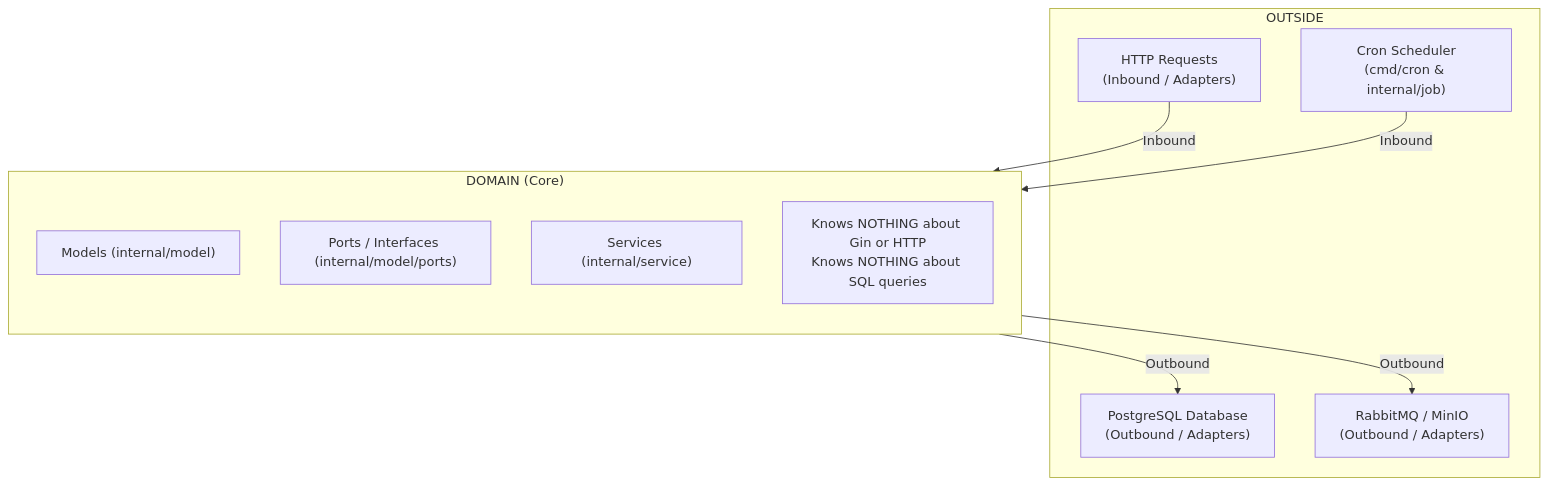
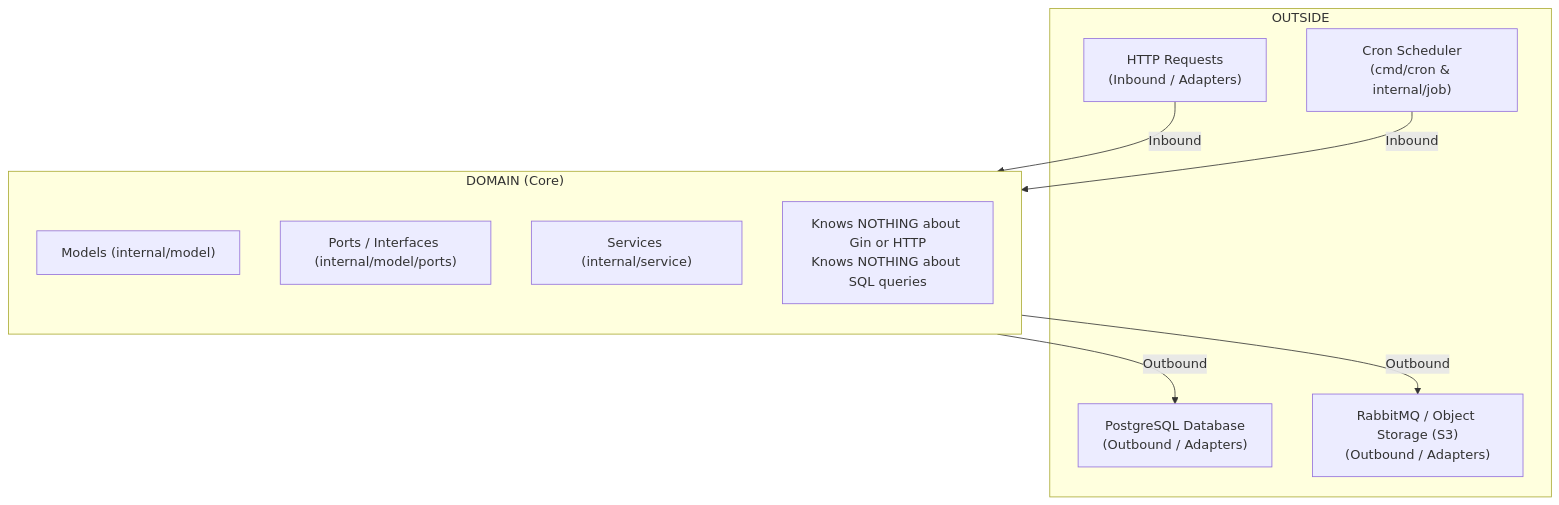
The diagram in docs/Ascension/developer/apps/server/architecture.md (Ascension-EIP/Ascension), drawn with Mermaid before and after one commit. The commit also changed other lines of this file and 16 other files, not shown here.

````diff
--- a/docs/Ascension/developer/apps/server/architecture.md
+++ b/docs/Ascension/developer/apps/server/architecture.md
@@ -39,24 +39,24 @@
 ```mermaid
 graph TD
     subgraph Outside ["OUTSIDE"]
         HTTP["HTTP Requests<br>(Inbound / Adapters)"]
         Cron["Cron Scheduler<br>(cmd/cron & internal/job)"]
         
         DB["PostgreSQL Database<br>(Outbound / Adapters)"]
-        Ext["RabbitMQ / MinIO<br>(Outbound / Adapters)"]
+        Ext["RabbitMQ / Object Storage (S3)<br>(Outbound / Adapters)"]
     end
 
     subgraph Domain ["DOMAIN (Core)"]
         direction TB
         Models["Models (internal/model)"]
         Ports["Ports / Interfaces (internal/model/ports)"]
         Services["Services (internal/service)"]
         
         Note["Knows NOTHING about Gin or HTTP<br>Knows NOTHING about SQL queries"]
     end
 
     HTTP -->|Inbound| Domain
     Cron -->|Inbound| Domain
     Domain -->|Outbound| DB
     Domain -->|Outbound| Ext
 ```
````
